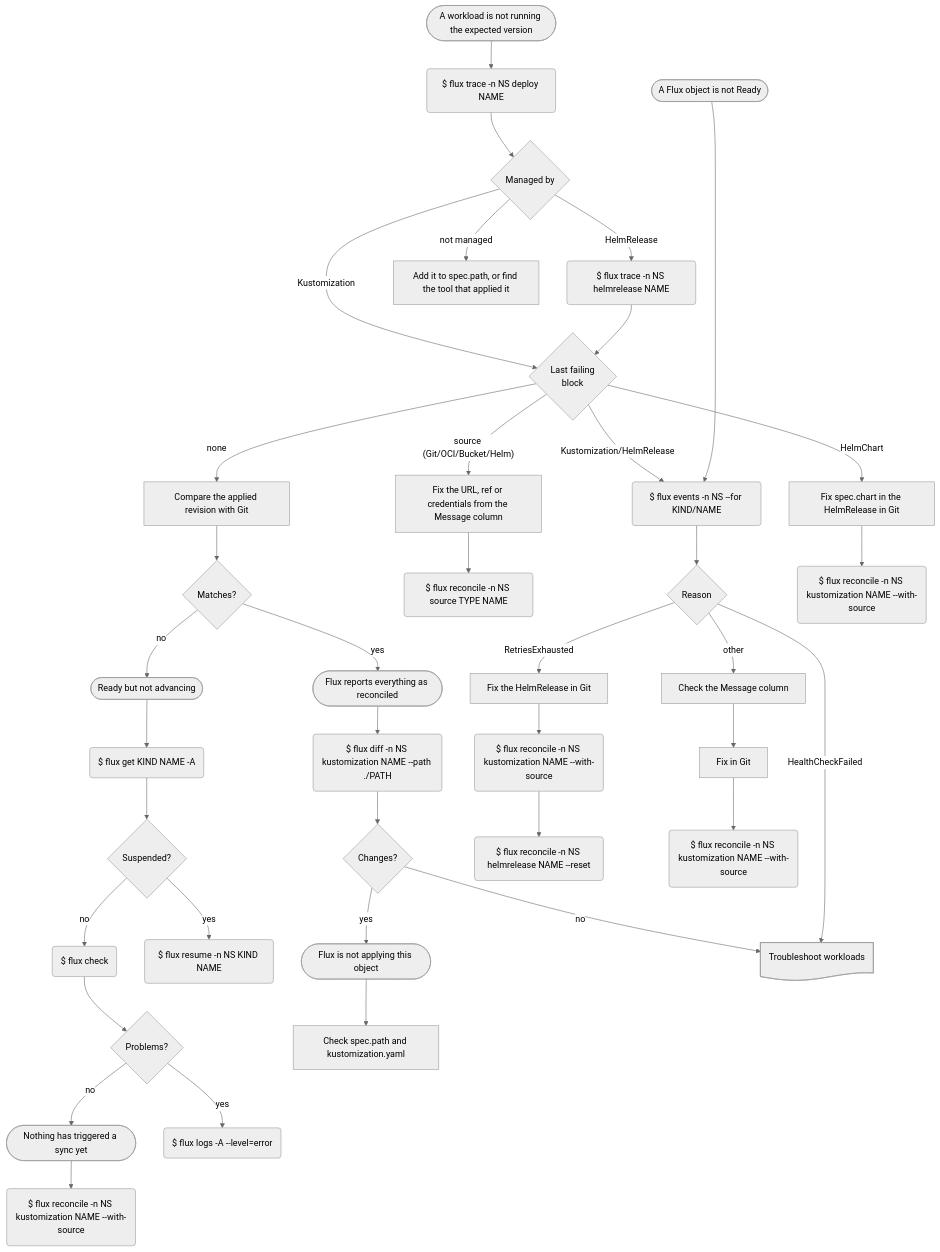
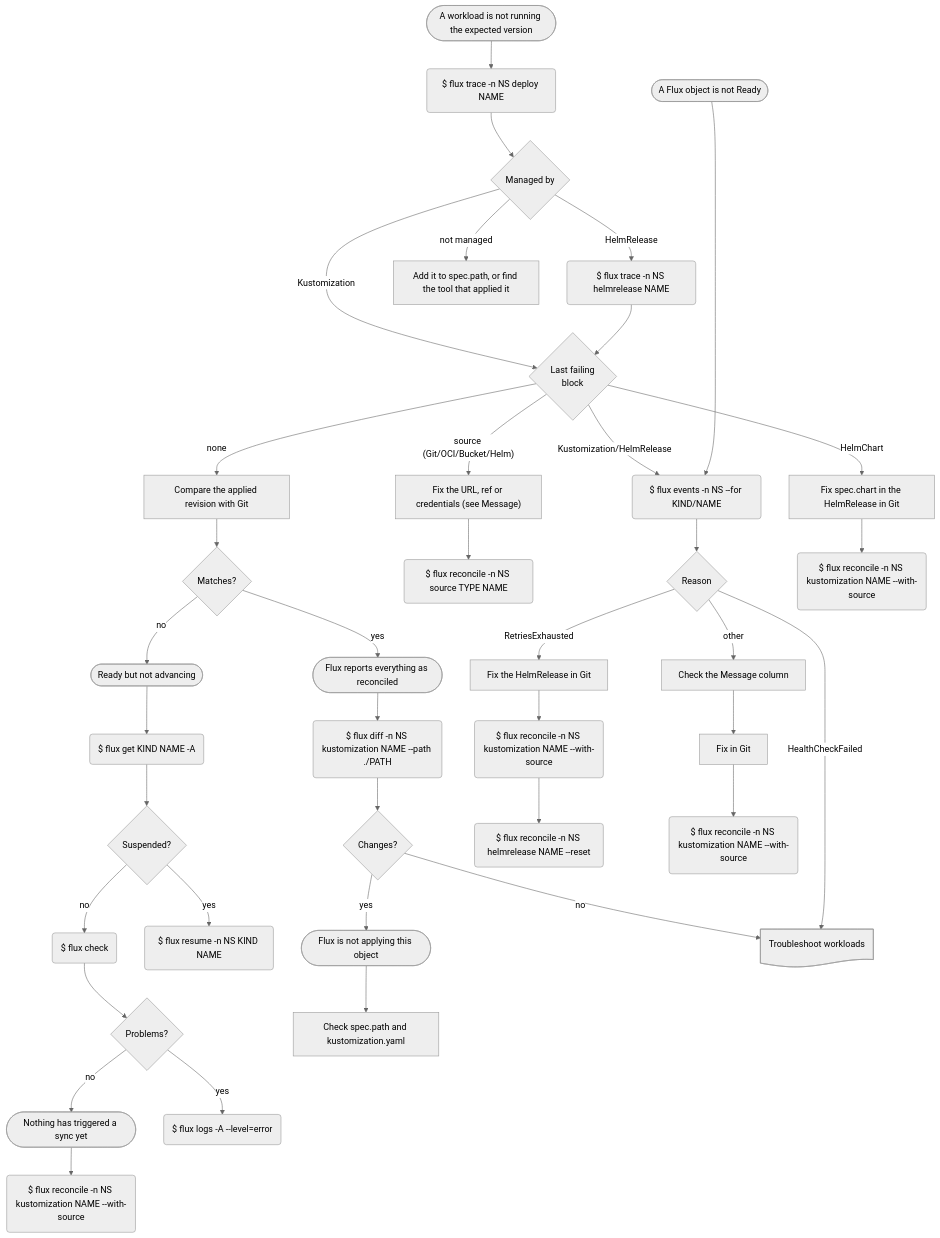
Before and after one commit to nth-root/flowcharts: the diagram in diagrams/flux.mmd, drawn with Mermaid (neutral theme).

Commit message:
Reclaim some space

```diff
--- a/diagrams/flux.mmd
+++ b/diagrams/flux.mmd
@@ -1,47 +1,47 @@
 %% SPDX-FileCopyrightText: 2026 Nth Root Software Consultancy
 %% SPDX-License-Identifier: CC-BY-4.0
 
 flowchart TD
     Reported([A workload is not running the expected version]):::situation --> Trace
     Trace($ flux trace -n NS deploy NAME):::cmd
 
     Trace --> Owned{Managed by}:::choice
 
     NotReady([A Flux object is not Ready]):::situation
     NotReady ~~~ Owned
 
     Owned -->|Kustomization| FailingObject{Last failing<br>block}:::choice
     Owned -->|HelmRelease| TraceHelmRelease($ flux trace -n NS helmrelease NAME):::cmd --> FailingObject
     Owned -->|not managed| Unmanaged[Add it to spec.path, or find the tool that applied it]
 
     FailingObject -->|none| CheckRevision[Compare the applied revision with Git]
 
     CheckRevision --> Matches{Matches?}:::choice
     Matches -->|no| NotAdvancing([Ready but not advancing]):::situation --> FluxGet($ flux get KIND NAME -A):::cmd
 
     FluxGet --> Suspended{Suspended?}:::choice
     Suspended -->|no| FluxCheck($ flux check):::cmd --> FluxUnhealthy{Problems?}:::choice
     Suspended -->|yes| Resume($ flux resume -n NS KIND NAME):::cmd
 
     Resume ~~~ FluxUnhealthy
 
     FluxUnhealthy -->|no| NoSyncTriggered([Nothing has triggered a sync yet]):::situation --> ReconcileStale($ flux reconcile -n NS kustomization NAME --with-source):::cmd
     FluxUnhealthy -->|yes| FluxLogs($ flux logs -A --level=error):::cmd
 
-    FailingObject -->|"source (Git/OCI/Bucket/Helm)"| FixSource[Fix the URL, ref or credentials from the Message column] --> ReconcileSource($ flux reconcile -n NS source TYPE NAME):::cmd
+    FailingObject -->|"source (Git/OCI/Bucket/Helm)"| FixSource["Fix the URL, ref or credentials (see Message)"] --> ReconcileSource($ flux reconcile -n NS source TYPE NAME):::cmd
 
     FailingObject -->|Kustomization/HelmRelease| GetEvents($ flux events -n NS --for KIND/NAME):::cmd
 
     Matches -->|yes| Reconciled([Flux reports everything as reconciled]):::situation --> DiffKustomization($ flux diff -n NS kustomization NAME --path ./PATH):::cmd --> Changes{Changes?}:::choice
     Changes -->|yes| NotApplied([Flux is not applying this object]):::situation --> CheckKustomization[Check spec.path and kustomization.yaml]
     Changes -->|no| CheckPodIssues:::ref@{ shape: doc, label: "Troubleshoot workloads" }
 
     NotReady --> GetEvents
     GetEvents --> Reason{Reason}:::choice
     Reason -->|RetriesExhausted| FixHelmRelease[Fix the HelmRelease in Git]
     FixHelmRelease --> ReconcileHelmKustomization("$ flux reconcile -n NS kustomization NAME --with-source"):::cmd --> ReconcileHelmRelease("$ flux reconcile -n NS helmrelease NAME --reset"):::cmd
 
     Reason -->|HealthCheckFailed| CheckPodIssues
     Reason -->|other| CheckMessage[Check the Message column] --> FixIssue[Fix in Git] --> Reconcile($ flux reconcile -n NS kustomization NAME --with-source):::cmd
 
     FailingObject -->|HelmChart| FixChart[Fix spec.chart in the HelmRelease in Git] --> ReconcileChart($ flux reconcile -n NS kustomization NAME --with-source):::cmd
```
